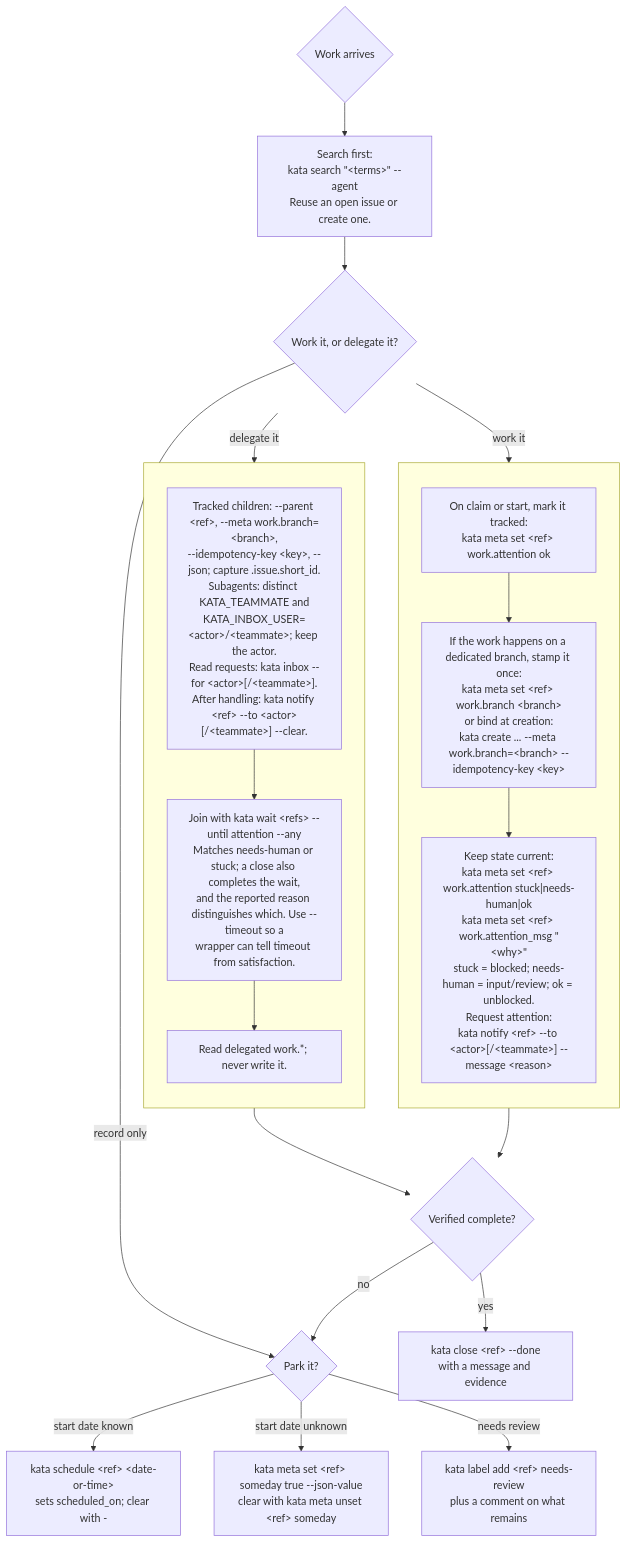
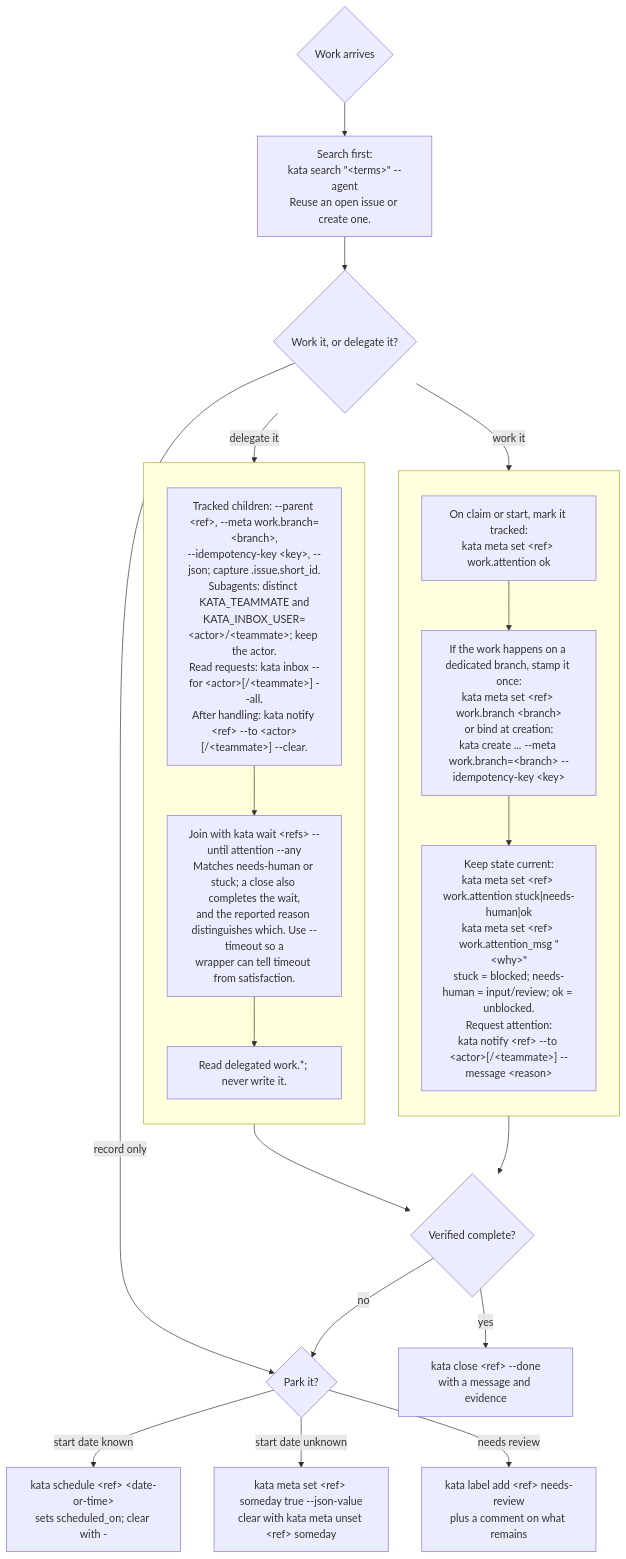
The diagram in README.md (kenn-io/kata), drawn with Mermaid before and after one commit. The commit also changed other lines of this file and 24 other files, not shown here.

First line of the commit message:
feat(inbox): read attention across all projects

````diff
--- a/README.md
+++ b/README.md
@@ -83,34 +87,34 @@
 ```mermaid
 flowchart TB
   arrive{"Work arrives"} --> search["Search first:<br/>kata search #34;#60;terms#62;#34; --agent<br/>Reuse an open issue or create one."]
   search --> route{"Work it, or delegate it?"}
 
   subgraph workside[" "]
     direction TB
     claim["On claim or start, mark it tracked:<br/>kata meta set #60;ref#62; work.attention ok"]
     branch["If the work happens on a dedicated branch, stamp it once:<br/>kata meta set #60;ref#62; work.branch #60;branch#62;<br/>or bind at creation:<br/>kata create ... --meta work.branch=#60;branch#62; --idempotency-key #60;key#62;"]
     live["Keep state current:<br/>kata meta set #60;ref#62; work.attention stuck#124;needs-human#124;ok<br/>kata meta set #60;ref#62; work.attention_msg #34;#60;why#62;#34;<br/>stuck = blocked; needs-human = input/review; ok = unblocked.<br/>Request attention:<br/>kata notify #60;ref#62; --to #60;actor#62;[/#60;teammate#62;] --message #60;reason#62;"]
     claim --> branch --> live
   end
 
   subgraph delegateside[" "]
     direction TB
-    fanout["Tracked children: --parent #60;ref#62;, --meta work.branch=#60;branch#62;,<br/>--idempotency-key #60;key#62;, --json; capture .issue.short_id.<br/>Subagents: distinct KATA_TEAMMATE and<br/>KATA_INBOX_USER=#60;actor#62;/#60;teammate#62;; keep the actor.<br/>Read requests: kata inbox --for #60;actor#62;[/#60;teammate#62;].<br/>After handling: kata notify #60;ref#62; --to #60;actor#62;[/#60;teammate#62;] --clear."]
+    fanout["Tracked children: --parent #60;ref#62;, --meta work.branch=#60;branch#62;,<br/>--idempotency-key #60;key#62;, --json; capture .issue.short_id.<br/>Subagents: distinct KATA_TEAMMATE and<br/>KATA_INBOX_USER=#60;actor#62;/#60;teammate#62;; keep the actor.<br/>Read requests: kata inbox --for #60;actor#62;[/#60;teammate#62;] --all.<br/>After handling: kata notify #60;ref#62; --to #60;actor#62;[/#60;teammate#62;] --clear."]
     join["Join with kata wait #60;refs#62; --until attention --any<br/>Matches needs-human or stuck; a close also completes the wait,<br/>and the reported reason distinguishes which. Use --timeout so a<br/>wrapper can tell timeout from satisfaction."]
     coord["Read delegated work.*; never write it."]
     fanout --> join --> coord
   end
 
   route -->|work it| claim
   route -->|delegate it| fanout
   route -->|record only| park
   live --> done
   coord --> done
 
   done{"Verified complete?"}
   done -->|yes| close["kata close #60;ref#62; --done<br/>with a message and evidence"]
   done -->|no| park{"Park it?"}
   park -->|start date known| schedule["kata schedule #60;ref#62; #60;date-or-time#62;<br/>sets scheduled_on; clear with -"]
   park -->|start date unknown| someday["kata meta set #60;ref#62; someday true --json-value<br/>clear with kata meta unset #60;ref#62; someday"]
   park -->|needs review| review["kata label add #60;ref#62; needs-review<br/>plus a comment on what remains"]
 ```
````
